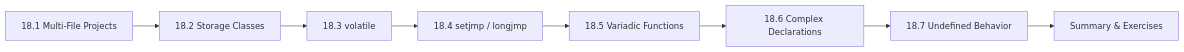
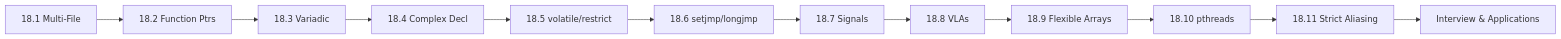
Before and after one commit to Raushan666java/ai-engineering-journey: the diagram in docs/courses/c-programming/18-advanced-c.md, drawn with Mermaid. The commit also changed other lines of this file and 23 other files, not shown here.

````diff
--- a/docs/courses/c-programming/18-advanced-c.md
+++ b/docs/courses/c-programming/18-advanced-c.md
@@ -29,10 +35,14 @@
 ```mermaid
 flowchart LR
-    A["18.1 Multi-File Projects"] --> B["18.2 Storage Classes"]
-    B --> C["18.3 volatile"]
-    C --> D["18.4 setjmp / longjmp"]
-    D --> E["18.5 Variadic Functions"]
-    E --> F["18.6 Complex Declarations"]
-    F --> G["18.7 Undefined Behavior"]
-    G --> H["Summary & Exercises"]
+    A["18.1 Multi-File"] --> B["18.2 Function Ptrs"]
+    B --> C["18.3 Variadic"]
+    C --> D["18.4 Complex Decl"]
+    D --> E["18.5 volatile/restrict"]
+    E --> F["18.6 setjmp/longjmp"]
+    F --> G["18.7 Signals"]
+    G --> H["18.8 VLAs"]
+    H --> I["18.9 Flexible Arrays"]
+    I --> J["18.10 pthreads"]
+    J --> K["18.11 Strict Aliasing"]
+    K --> L["Interview & Applications"]
 ```
````
